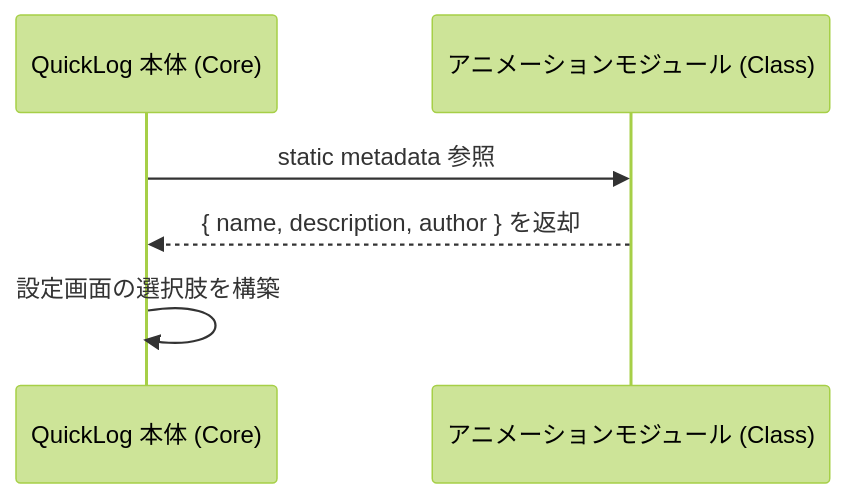
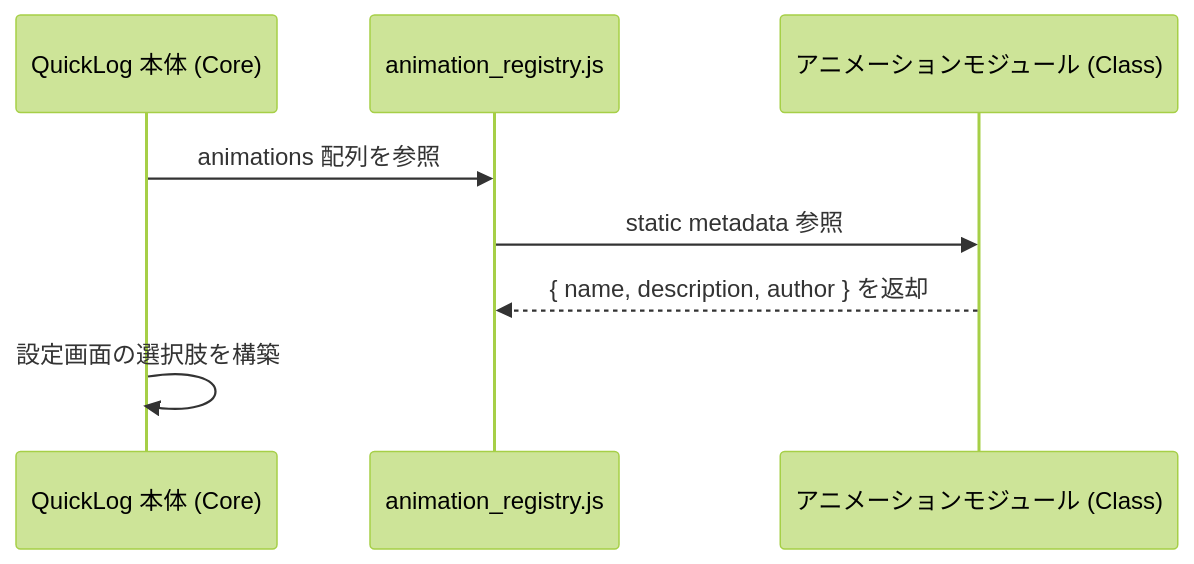
One commit to masanori-satake/QuickLog-Solo changed the first of 5 diagrams in docs/animation_module_spec.md. Above: the diagram before and after it, drawn with Mermaid (forest theme). The commit also changed other lines of this file and 27 other files, not shown here.

First line of the commit message:
refactor: transition to modular animation system and add new animations

````diff
--- a/docs/animation_module_spec.md
+++ b/docs/animation_module_spec.md
@@ -13,9 +18,11 @@
 ```mermaid
 sequenceDiagram
     participant C_Disc as QuickLog 本体 (Core)
+    participant R_Disc as animation_registry.js
     participant M_Disc as アニメーションモジュール (Class)
 
-    C_Disc->>M_Disc: static metadata 参照
-    M_Disc-->>C_Disc: { name, description, author } を返却
+    C_Disc->>R_Disc: animations 配列を参照
+    R_Disc->>M_Disc: static metadata 参照
+    M_Disc-->>R_Disc: { name, description, author } を返却
     C_Disc->>C_Disc: 設定画面の選択肢を構築
 ```
````
